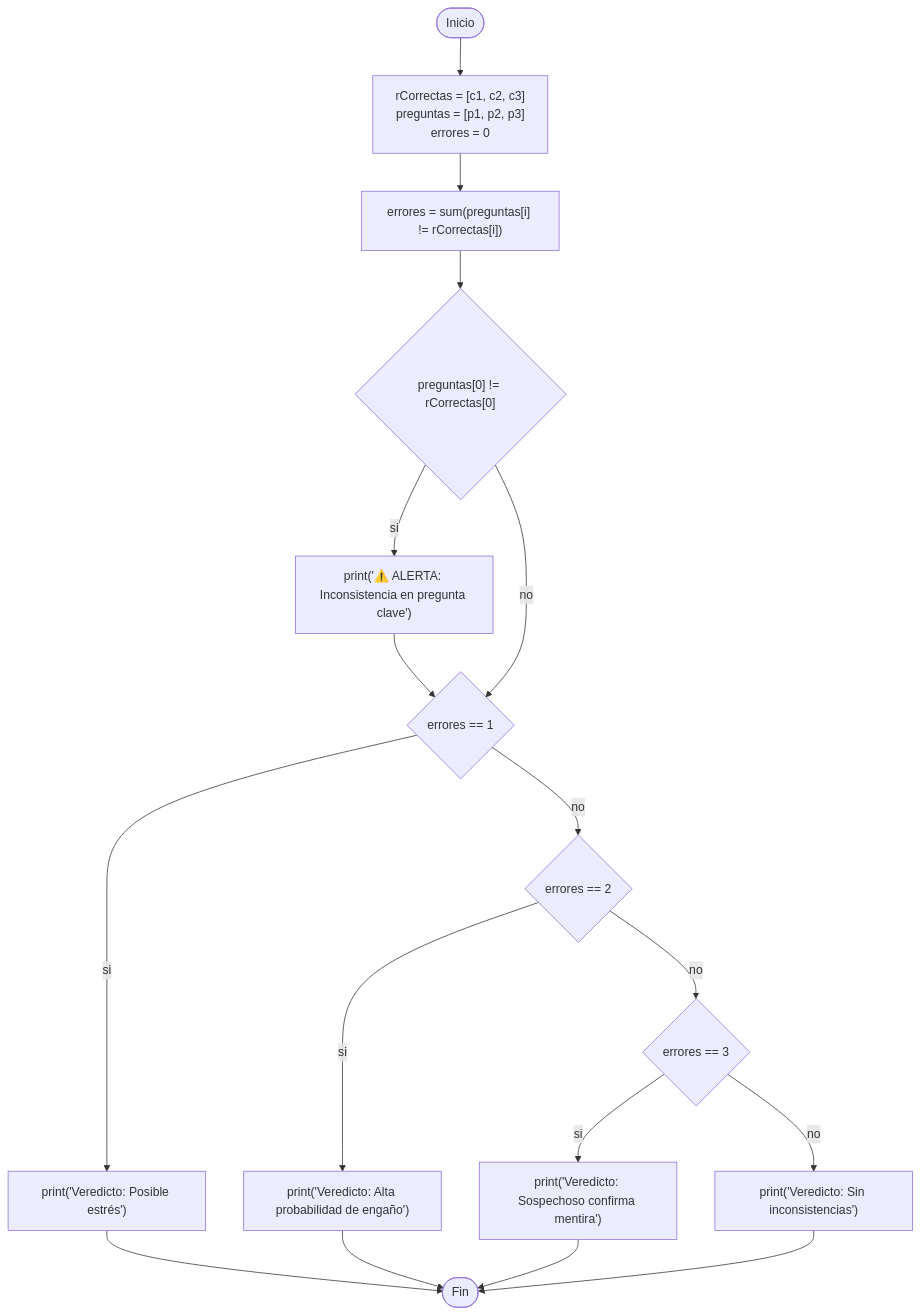
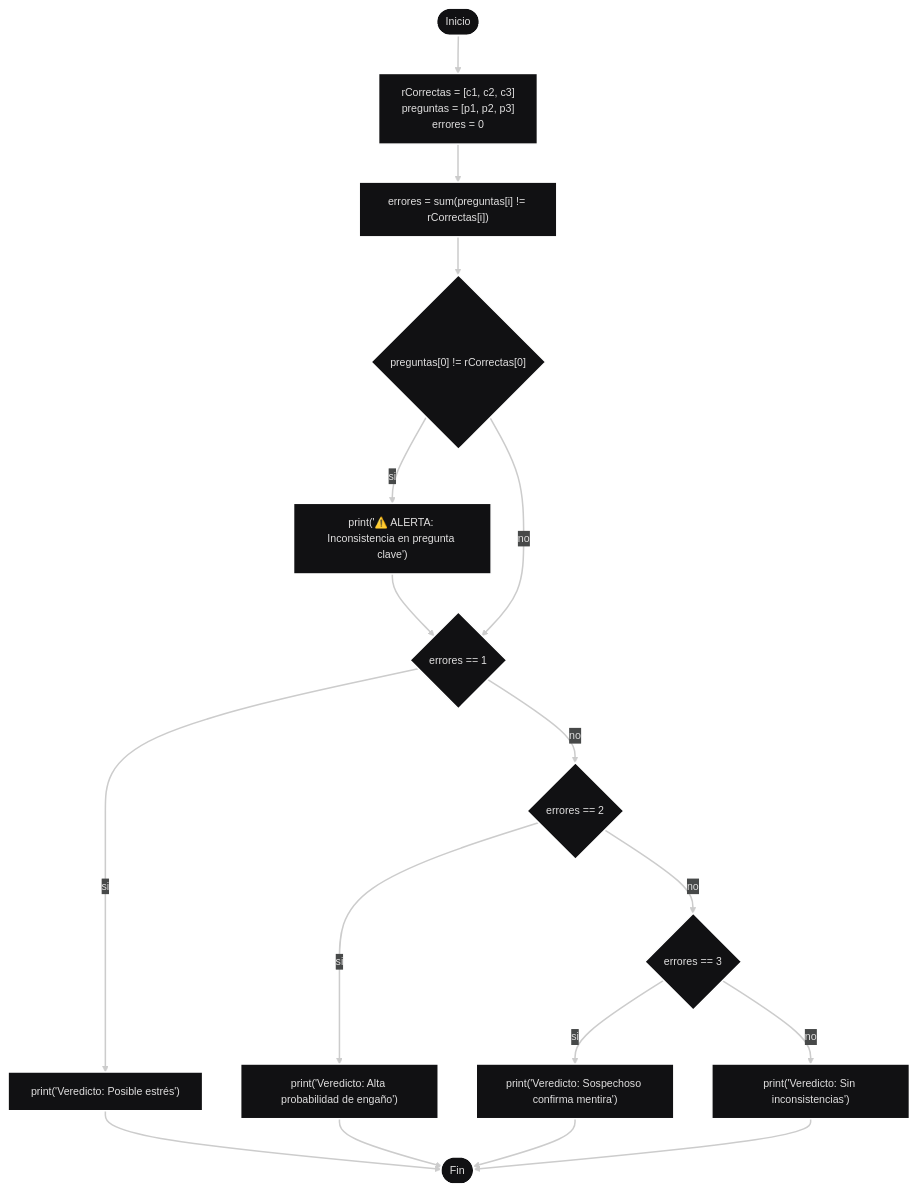
The diagram in nivel_2_condicionales/reto_01/diagrama_01.md (Funy-Code/retos_logica), drawn with Mermaid before and after one commit. The commit also changed other lines of this file and 5 other files, not shown here.

````diff
--- a/nivel_2_condicionales/reto_01/diagrama_01.md
+++ b/nivel_2_condicionales/reto_01/diagrama_01.md
@@ -1,25 +1,30 @@
 ```mermaid
+---
+config:
+  theme: redux-dark
+  layout: dagre
+---
 flowchart TB
 A(["Inicio"]) --> B["rCorrectas = [c1, c2, c3] <br>preguntas = [p1, p2, p3] <br> errores = 0"]
 B --> C["errores = sum(preguntas[i] != rCorrectas[i])"]
 C --> D{"preguntas[0] != rCorrectas[0]"}
 D -- si --> E@{ label: "print('⚠️ ALERTA: Inconsistencia en pregunta clave')" }
 E --> F{"errores == 1"}
 D -- no --> F
 F -- si --> G@{ label: "print('Veredicto: Posible estrés')" }
 F -- no --> H{"errores == 2"}
 H -- si --> I@{ label: "print('Veredicto: Alta probabilidad de engaño')" }
 H -- no --> J{"errores == 3"}
 J -- si --> K@{ label: "print('Veredicto: Sospechoso confirma mentira')" }
 J -- no --> L@{ label: "print('Veredicto: Sin inconsistencias')" }
 G --> M(["Fin"])
 I --> M
 K --> M
 L --> M
 
     E@{ shape: rect}
     G@{ shape: rect}
     I@{ shape: rect}
     K@{ shape: rect}
     L@{ shape: rect}
 ```
````
